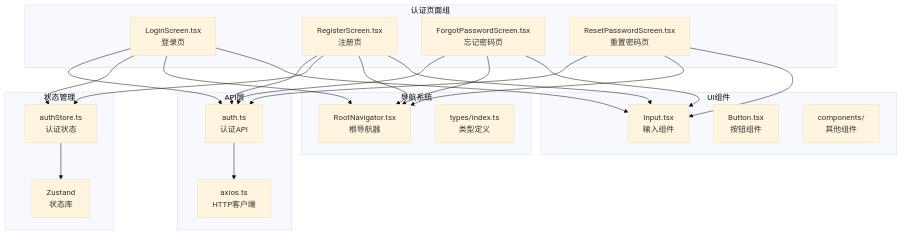
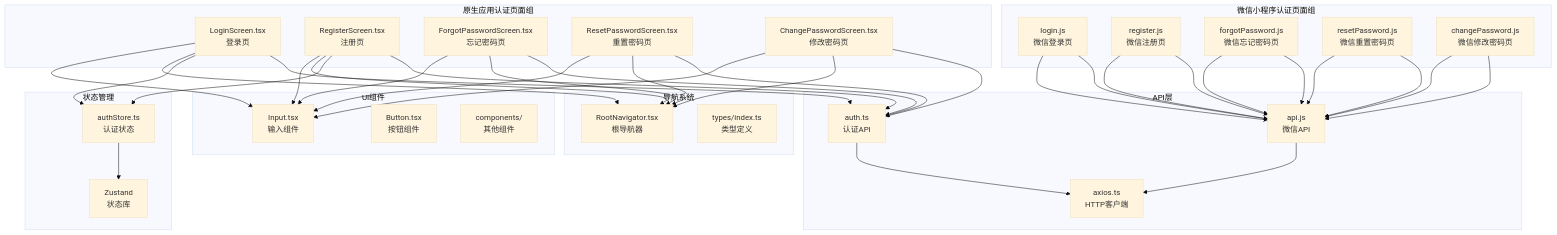
One commit to lsqwawa/free-dress changed the first of 7 diagrams in .qoder/repowiki/zh/content/前端开发指南/页面架构/认证页面/认证页面.md. Above: the diagram before and after it, drawn with Mermaid (base theme). The commit also changed other lines of this file and 55 other files, not shown here.

````diff
--- a/.qoder/repowiki/zh/content/前端开发指南/页面架构/认证页面/认证页面.md
+++ b/.qoder/repowiki/zh/content/前端开发指南/页面架构/认证页面/认证页面.md
@@ -41,42 +59,65 @@
 ```mermaid
 graph TB
-subgraph "认证页面组"
+subgraph "原生应用认证页面组"
 LS[LoginScreen.tsx<br/>登录页]
 RS[RegisterScreen.tsx<br/>注册页]
 FPS[ForgotPasswordScreen.tsx<br/>忘记密码页]
 RPS[ResetPasswordScreen.tsx<br/>重置密码页]
+CPS[ChangePasswordScreen.tsx<br/>修改密码页]
+end
+subgraph "微信小程序认证页面组"
+WLS[login.js<br/>微信登录页]
+WRS[register.js<br/>微信注册页]
+WFPS[forgotPassword.js<br/>微信忘记密码页]
+WRPS[resetPassword.js<br/>微信重置密码页]
+WCPS[changePassword.js<br/>微信修改密码页]
 end
 subgraph "API层"
 API[auth.ts<br/>认证API]
+WAPI[api.js<br/>微信API]
 AX[axios.ts<br/>HTTP客户端]
 end
 subgraph "状态管理"
 AS[authStore.ts<br/>认证状态]
 ZU[Zustand<br/>状态库]
 end
 subgraph "导航系统"
 RN[RootNavigator.tsx<br/>根导航器]
 TS[types/index.ts<br/>类型定义]
 end
 subgraph "UI组件"
 IN[Input.tsx<br/>输入组件]
 BTN[Button.tsx<br/>按钮组件]
 CMP[components/<br/>其他组件]
 end
 LS --> API
 RS --> API
 FPS --> API
 RPS --> API
+CPS --> API
+WLS --> WAPI
+WRS --> WAPI
+WFPS --> WAPI
+WRPS --> WAPI
+WCPS --> WAPI
 API --> AX
+WAPI --> AX
 LS --> AS
 RS --> AS
 AS --> ZU
 LS --> RN
 RS --> RN
 FPS --> RN
 RPS --> RN
+CPS --> RN
+WLS --> WAPI
+WRS --> WAPI
+WFPS --> WAPI
+WRPS --> WAPI
+WCPS --> WAPI
 LS --> IN
 RS --> IN
 FPS --> IN
 RPS --> IN
+CPS --> IN
 ```
````
